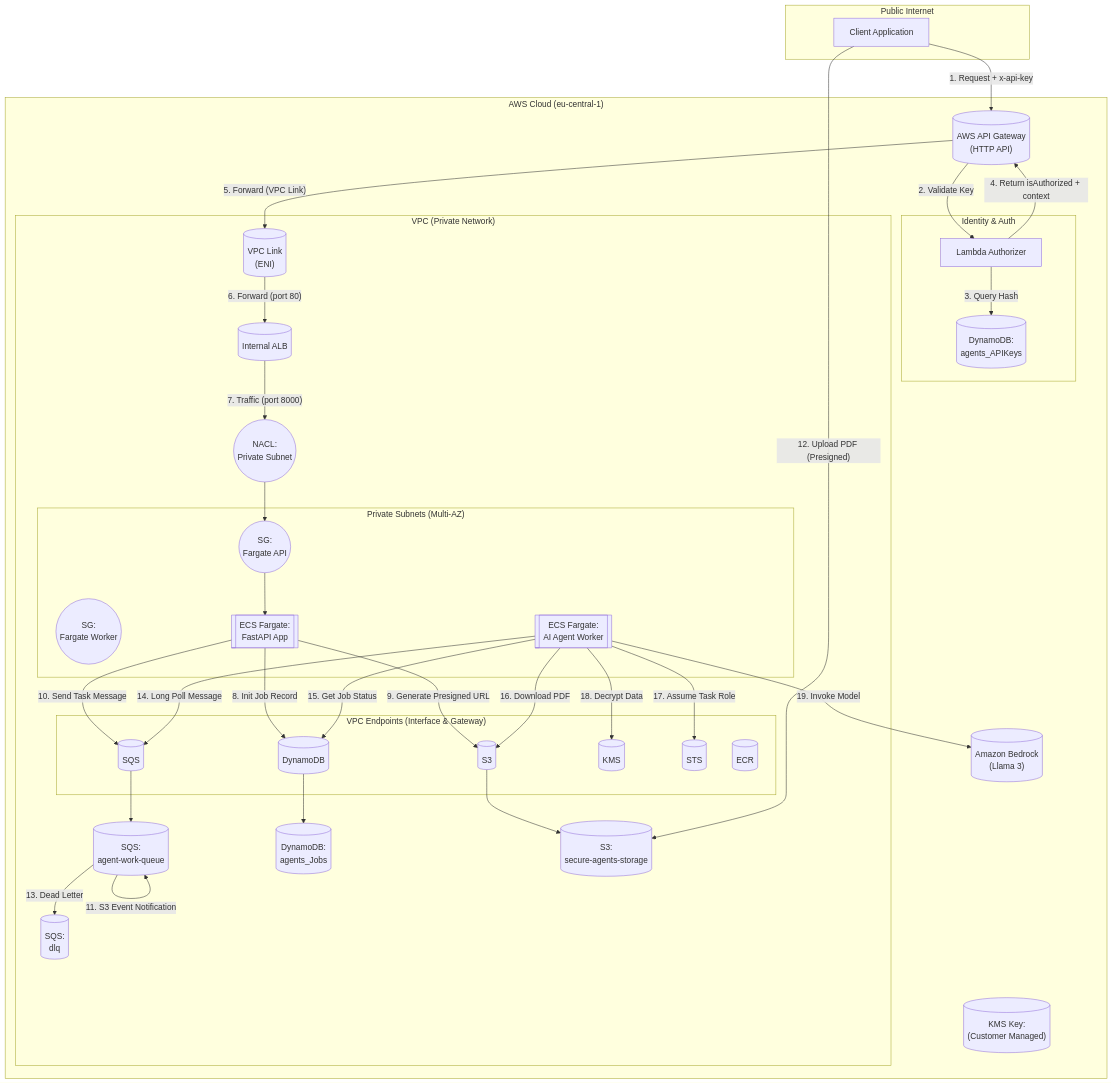
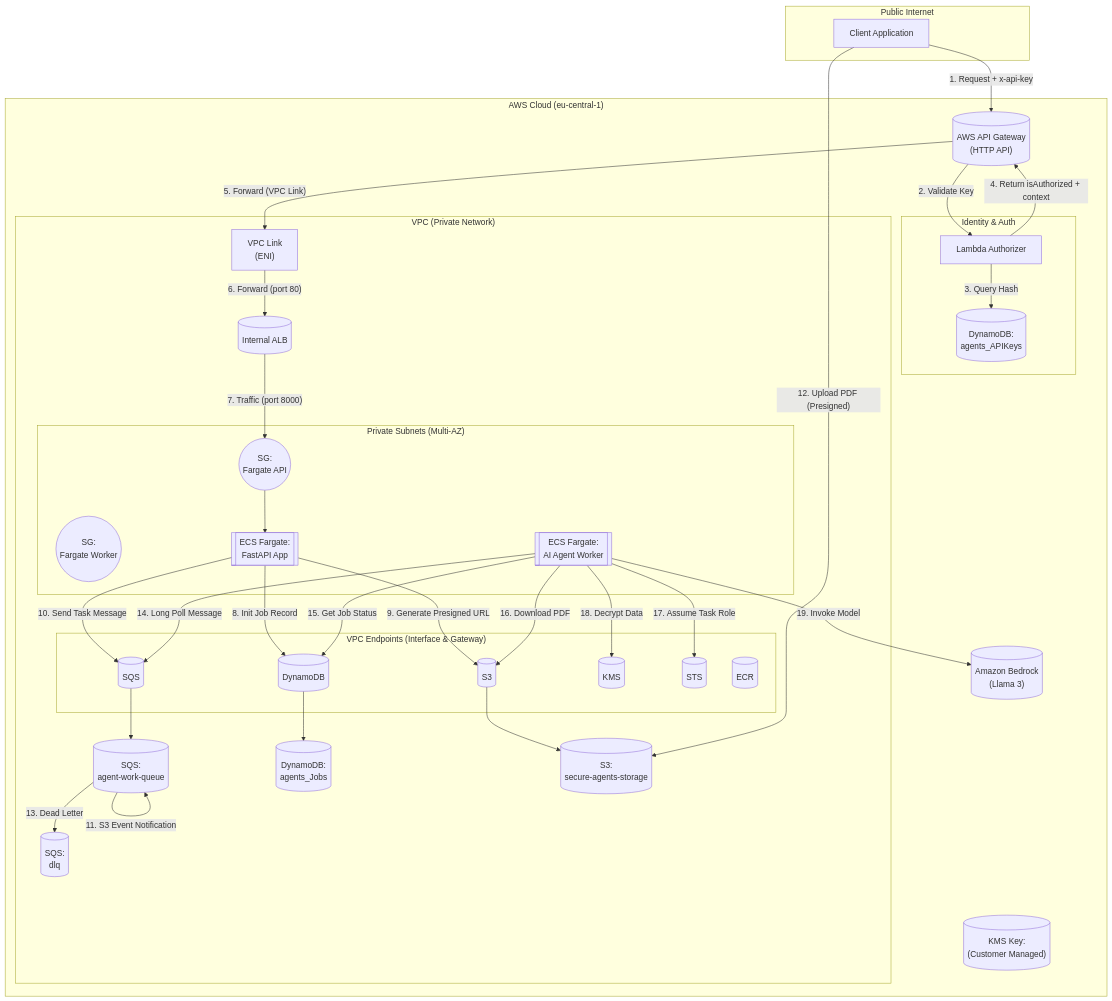
Before and after one commit to SteliosSpanos/secure-agents: the diagram in README.md, drawn with Mermaid. The commit also changed 1 other file, not shown here.

Commit message:
Deleted Nacls

````diff
--- a/README.md
+++ b/README.md
@@ -11,78 +11,75 @@
 ```mermaid
 graph TD
   subgraph PublicInternet["Public Internet"]
     Client["Client Application"]
   end
 
   subgraph AWSCloud["AWS Cloud (eu-central-1)"]
     APIGW[("AWS API Gateway<br>(HTTP API)")]
 
     subgraph AuthLayer["Identity & Auth"]
       Authorizer["Lambda Authorizer"]
       ApiKeysTable[("DynamoDB:<br>agents_APIKeys")]
     end
 
     subgraph VPC["VPC (Private Network)"]
-      VpcLinkENI[("VPC Link<br>(ENI)")]
+      VpcLinkENI["VPC Link<br>(ENI)"]
       InternalALB[("Internal ALB")]
 
       subgraph VpcEndpoints["VPC Endpoints (Interface & Gateway)"]
         EndpointSQS[("SQS")]
         EndpointDynamoDB[("DynamoDB")]
         EndpointS3[("S3")]
         EndpointKMS[("KMS")]
         EndpointSTS[("STS")]
         EndpointECR[("ECR")]
       end
 
       MainQueue[("SQS:<br>agent-work-queue")]
       DlqQueue[("SQS:<br>dlq")]
       JobsTable[("DynamoDB:<br>agents_Jobs")]
       StorageBucket[("S3:<br>secure-agents-storage")]
-
-      NaclGate(("NACL:<br>Private Subnet"))
 
       subgraph PrivateSubnets["Private Subnets (Multi-AZ)"]
         SgApi(("SG:<br>Fargate API"))
         SgWorker(("SG:<br>Fargate Worker"))
 
         ApiService[["ECS Fargate:<br>FastAPI App"]]
         WorkerService[["ECS Fargate:<br>AI Agent Worker"]]
       end
     end
 
     BedrockService[("Amazon Bedrock<br>(Llama 3)")]
     KmsKey[("KMS Key:<br>(Customer Managed)")]
   end
 
 
   Client -- "1. Request + x-api-key" --> APIGW
   APIGW -- "2. Validate Key" --> Authorizer
   Authorizer -- "3. Query Hash" --> ApiKeysTable
   Authorizer -- "4. Return isAuthorized + context" --> APIGW
 
   APIGW -- "5. Forward (VPC Link)" --> VpcLinkENI
   VpcLinkENI -- "6. Forward (port 80)" --> InternalALB
-  InternalALB -- "7. Traffic (port 8000)" --> NaclGate
-  NaclGate --> SgApi
+  InternalALB -- "7. Traffic (port 8000)" --> SgApi
   SgApi --> ApiService
 
   ApiService -- "8. Init Job Record" --> EndpointDynamoDB
   EndpointDynamoDB --> JobsTable
   ApiService -- "9. Generate Presigned URL" --> EndpointS3
   EndpointS3 --> StorageBucket
   ApiService -- "10. Send Task Message" --> EndpointSQS
   EndpointSQS --> MainQueue
 
   MainQueue -- "11. S3 Event Notification" --> MainQueue
   Client -- "12. Upload PDF (Presigned)" --> StorageBucket
   MainQueue -- "13. Dead Letter" --> DlqQueue
   WorkerService -- "14. Long Poll Message" --> EndpointSQS
   WorkerService -- "15. Get Job Status" --> EndpointDynamoDB
   WorkerService -- "16. Download PDF" --> EndpointS3
   WorkerService -- "17. Assume Task Role" --> EndpointSTS
   WorkerService -- "18. Decrypt Data" --> EndpointKMS
 
   WorkerService -- "19. Invoke Model" --> BedrockService
 
 ```
````
